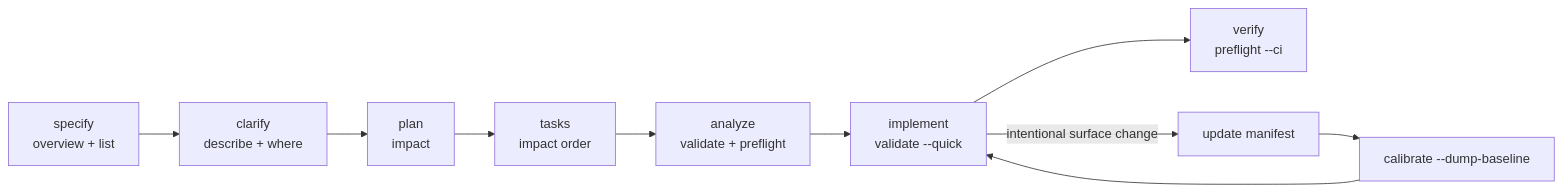
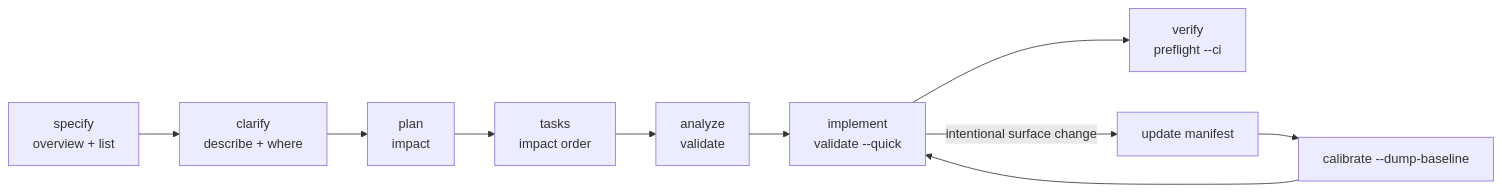
Before and after one commit to Farzin312/bounds: the diagram in docs/sdd.md, drawn with Mermaid. The commit also changed other lines of this file and 36 other files, not shown here.

````diff
--- a/docs/sdd.md
+++ b/docs/sdd.md
@@ -72,12 +95,12 @@
 ```mermaid
 flowchart LR
   S[specify<br/>overview + list] --> C[clarify<br/>describe + where]
   C --> P[plan<br/>impact]
   P --> T[tasks<br/>impact order]
-  T --> A[analyze<br/>validate + preflight]
+  T --> A[analyze<br/>validate]
   A --> I[implement<br/>validate --quick]
   I --> V[verify<br/>preflight --ci]
   I -->|intentional surface change| M[update manifest]
   M --> B[calibrate --dump-baseline]
   B --> I
 ```
````
